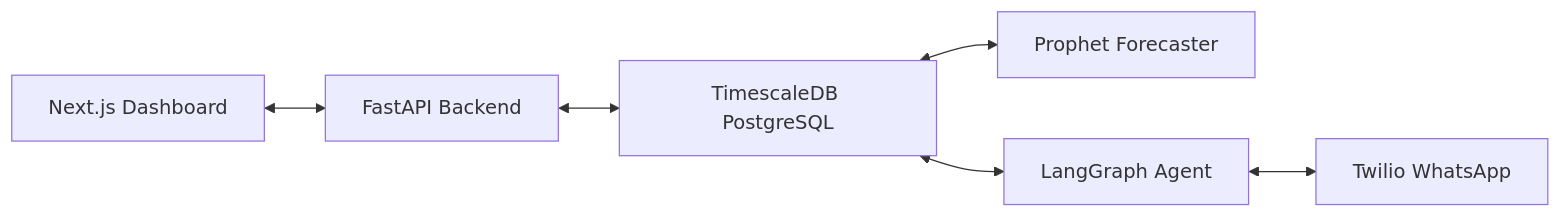
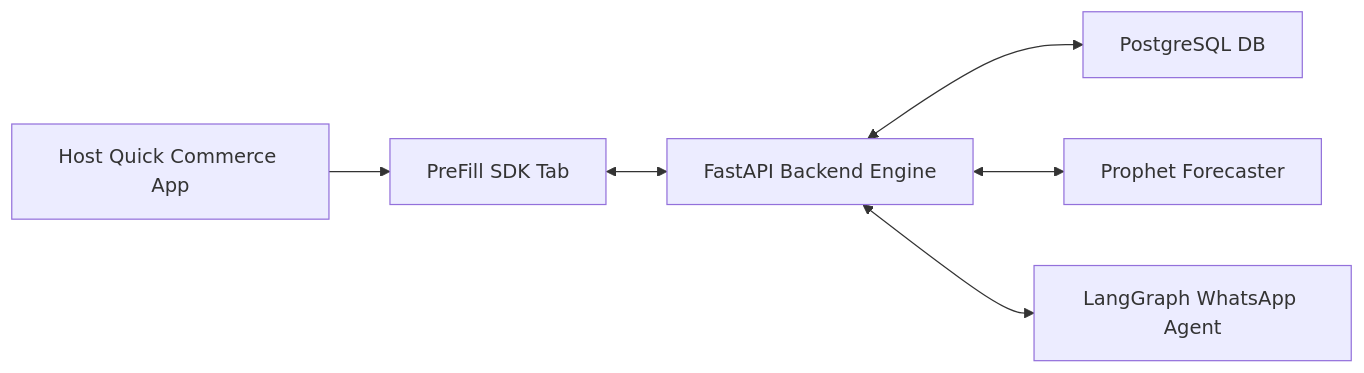
One commit to kwakhare5/Grocer changed the diagram in README.md. Above: the diagram before and after it, drawn with Mermaid. The commit also changed other lines of this file and 7 other files, not shown here.

````diff
--- a/README.md
+++ b/README.md
@@ -96,8 +80,8 @@
 ```mermaid
 flowchart LR
-    A[Next.js Dashboard] <--> B[FastAPI Backend]
-    B <--> C[TimescaleDB PostgreSQL]
-    C <--> D[Prophet Forecaster]
-    C <--> E[LangGraph Agent]
-    E <--> F[Twilio WhatsApp]
+    A[Host Quick Commerce App] --> B[PreFill SDK Tab]
+    B <--> C[FastAPI Backend Engine]
+    C <--> D[PostgreSQL DB]
+    C <--> E[Prophet Forecaster]
+    C <--> F[LangGraph WhatsApp Agent]
 ```
````
